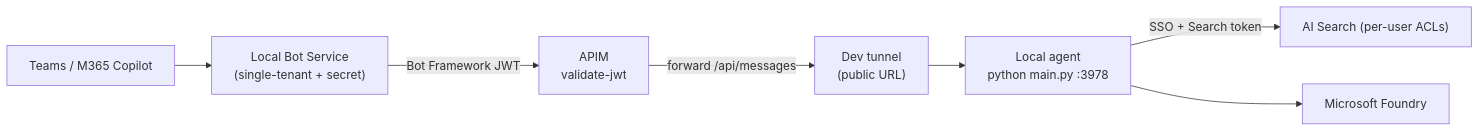
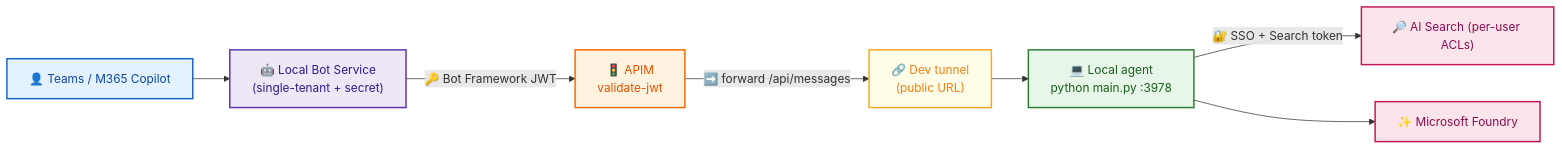
One commit to Azure-Samples/bring-your-own-agent-to-m365-accelerator changed the second of 3 diagrams in README.md. Above: the diagram before and after it, drawn with Mermaid. The commit also changed other lines of this file and 4 other files, not shown here.

````diff
--- a/README.md
+++ b/README.md
@@ -162,9 +201,23 @@
 ```mermaid
 flowchart LR
-    User["Teams / M365 Copilot"] --> Bot["Local Bot Service<br/>(single-tenant + secret)"]
-    Bot -->|"Bot Framework JWT"| APIM["APIM<br/>validate-jwt"]
-    APIM -->|"forward /api/messages"| Tunnel["Dev tunnel<br/>(public URL)"]
-    Tunnel --> Local["Local agent<br/>python main.py :3978"]
-    Local -->|"SSO + Search token"| Search["AI Search (per-user ACLs)"]
-    Local --> Foundry["Microsoft Foundry"]
+    User["👤 Teams / M365 Copilot"] --> Bot["🤖 Local Bot Service<br/>(single-tenant + secret)"]
+    Bot -->|"🔑 Bot Framework JWT"| APIM["🚦 APIM<br/>validate-jwt"]
+    APIM -->|"➡️ forward /api/messages"| Tunnel["🔗 Dev tunnel<br/>(public URL)"]
+    Tunnel --> Local["💻 Local agent<br/>python main.py :3978"]
+    Local -->|"🔐 SSO + Search token"| Search["🔎 AI Search (per-user ACLs)"]
+    Local --> Foundry["✨ Microsoft Foundry"]
+
+    classDef client fill:#E3F2FD,stroke:#1565C0,stroke-width:2px,color:#0D47A1;
+    classDef bot fill:#EDE7F6,stroke:#5E35B1,stroke-width:2px,color:#311B92;
+    classDef gateway fill:#FFF3E0,stroke:#EF6C00,stroke-width:2px,color:#E65100;
+    classDef tunnel fill:#FFFDE7,stroke:#F9A825,stroke-width:2px,color:#F57F17;
+    classDef app fill:#E8F5E9,stroke:#2E7D32,stroke-width:2px,color:#1B5E20;
+    classDef ai fill:#FCE4EC,stroke:#C2185B,stroke-width:2px,color:#880E4F;
+
+    class User client;
+    class Bot bot;
+    class APIM gateway;
+    class Tunnel tunnel;
+    class Local app;
+    class Search,Foundry ai;
 ```
````
